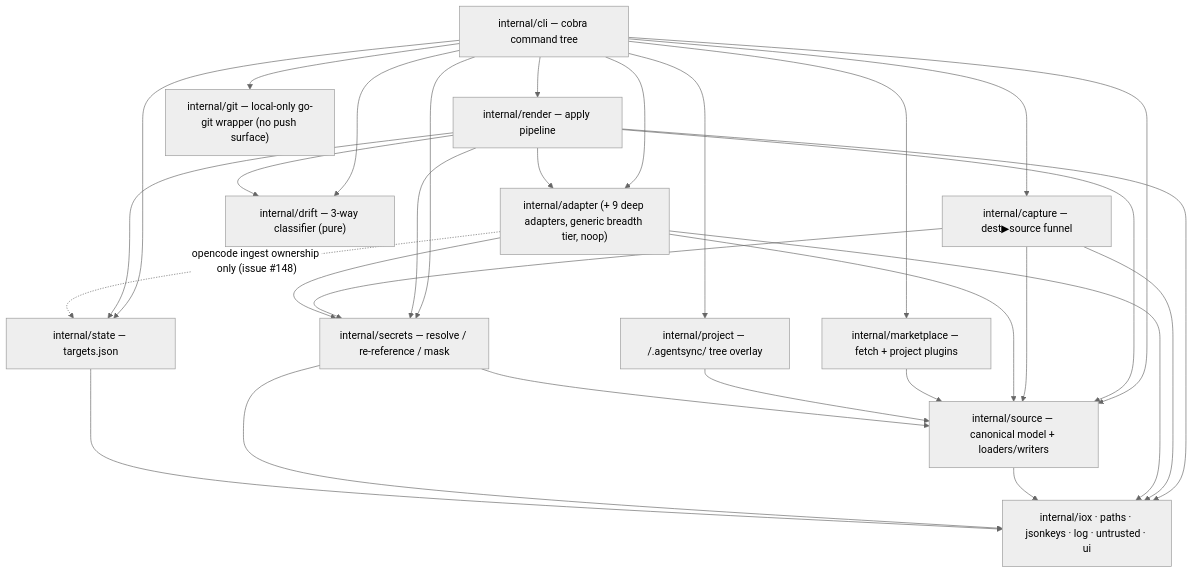
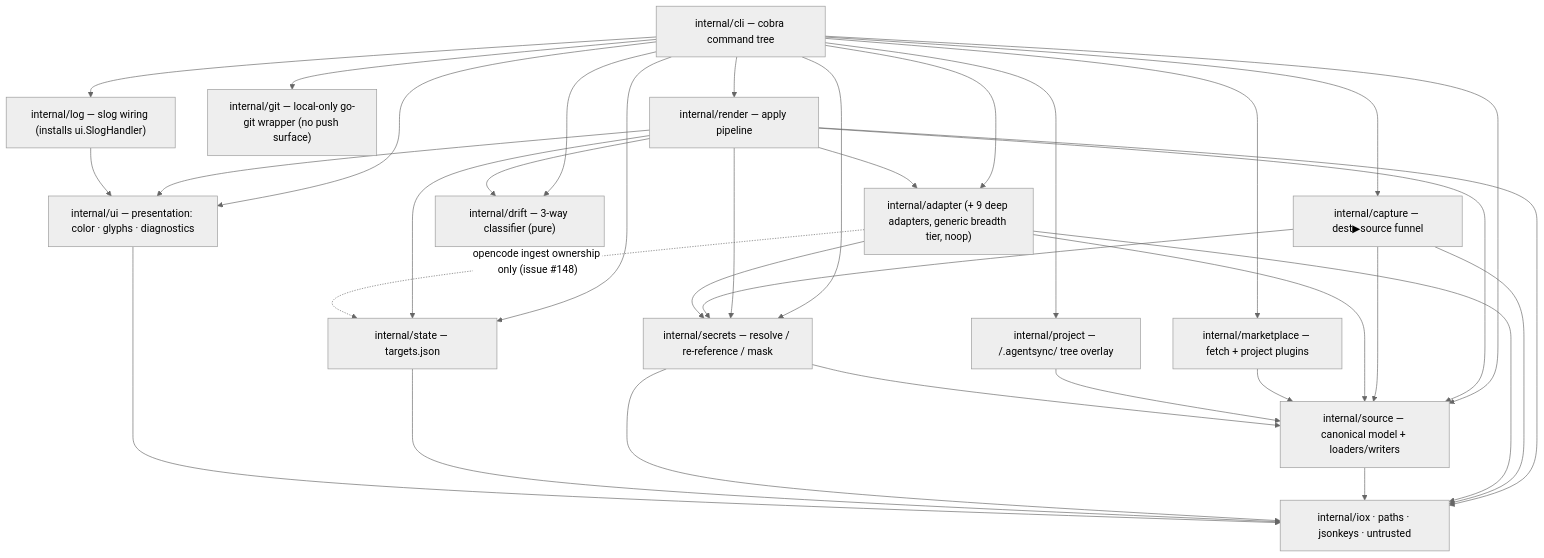
Before and after one commit to spxrogers/agentsync: the fourth of 4 diagrams in docs/architecture.md, drawn with Mermaid (neutral theme). The commit also changed other lines of this file and 16 other files, not shown here.

````diff
--- a/docs/architecture.md
+++ b/docs/architecture.md
@@ -1115,26 +1160,30 @@
 ```mermaid
 flowchart TD
     CLI["internal/cli — cobra command tree"]
     REN["internal/render — apply pipeline"]
     CAP["internal/capture — dest▶source funnel"]
     AD["internal/adapter (+ 9 deep adapters, generic breadth tier, noop)"]
     SRC["internal/source — canonical model + loaders/writers"]
     SEC["internal/secrets — resolve / re-reference / mask"]
     MKT["internal/marketplace — fetch + project plugins"]
     PRJ["internal/project — <root>/.agentsync/ tree overlay"]
     DRF["internal/drift — 3-way classifier (pure)"]
     ST["internal/state — targets.json"]
     GIT["internal/git — local-only go-git wrapper (no push surface)"]
-    INFRA["internal/iox · paths · jsonkeys · log · untrusted · ui"]
+    UI["internal/ui — presentation: color · glyphs · diagnostics"]
+    LOG["internal/log — slog wiring (installs ui.SlogHandler)"]
+    INFRA["internal/iox · paths · jsonkeys · untrusted"]
 
-    CLI --> REN & CAP & AD & SRC & SEC & MKT & PRJ & DRF & ST & GIT
-    REN --> AD & SEC & SRC & ST & DRF & INFRA
+    CLI --> REN & CAP & AD & SRC & SEC & MKT & PRJ & DRF & ST & GIT & UI & LOG
+    REN --> AD & SEC & SRC & ST & DRF & UI & INFRA
     CAP --> SRC & SEC & INFRA
     AD --> SRC & SEC & INFRA
     AD -. "opencode ingest ownership only (issue #148)" .-> ST
     MKT --> SRC
     PRJ --> SRC
     SRC --> INFRA
     SEC --> SRC & INFRA
     ST --> INFRA
+    LOG --> UI
+    UI --> INFRA
 ```
````
